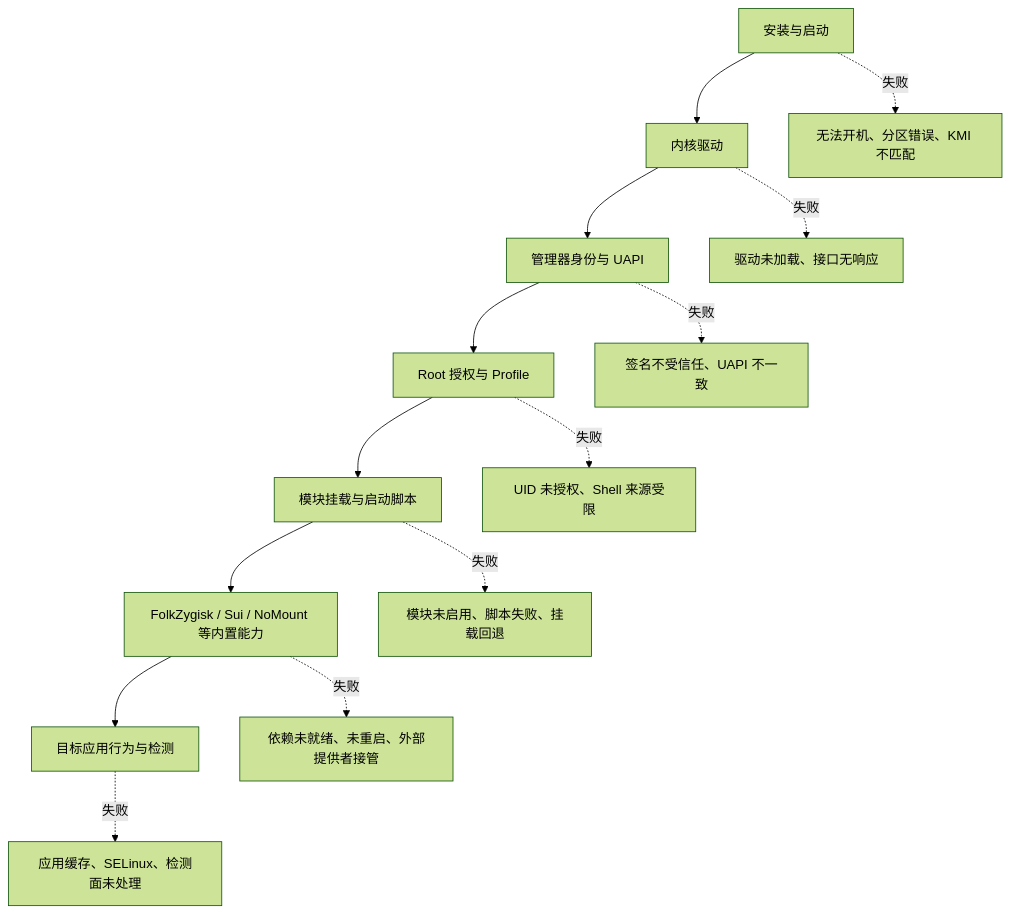
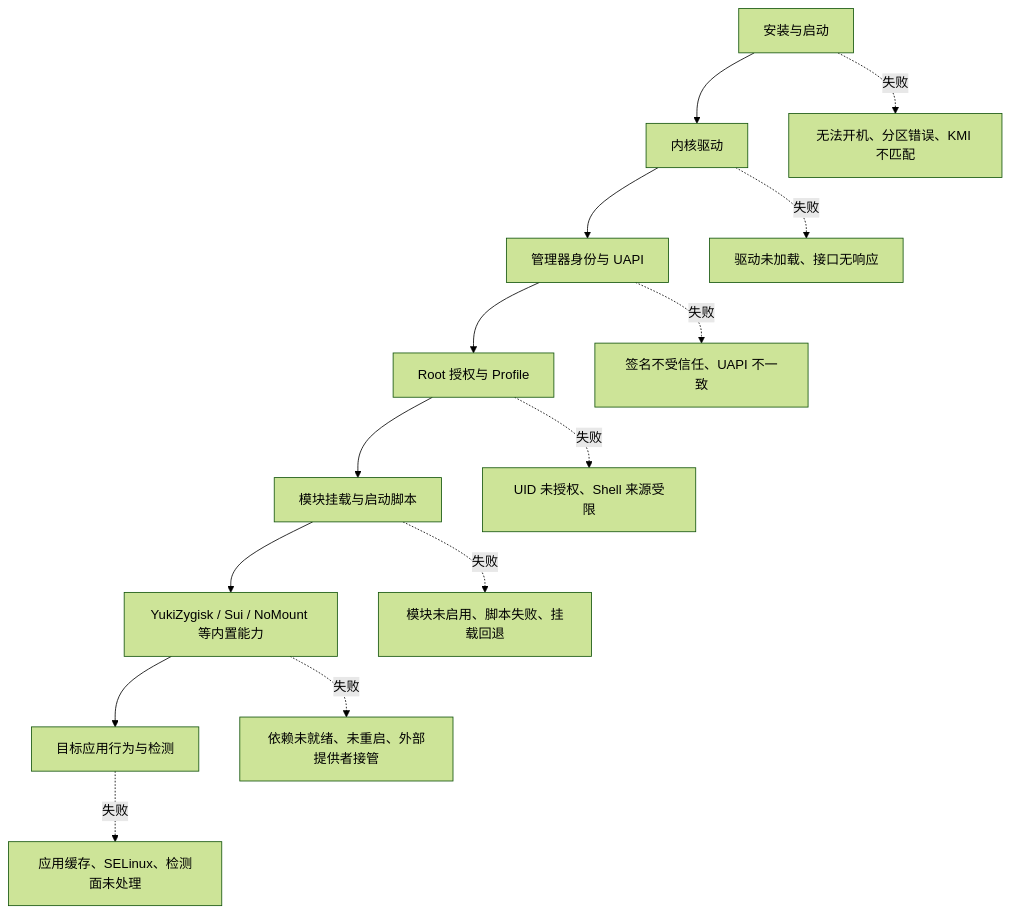
Before and after one commit to LxyaoX/FinaSU: the first of 2 diagrams in website/docs/troubleshoot/README.md, drawn with Mermaid (forest theme). The commit also changed other lines of this file and 135 other files, not shown here.

````diff
--- a/website/docs/troubleshoot/README.md
+++ b/website/docs/troubleshoot/README.md
@@ -27,17 +27,17 @@
 ```mermaid
 flowchart TD
     A["安装与启动"] --> B["内核驱动"]
     B --> C["管理器身份与 UAPI"]
     C --> D["Root 授权与 Profile"]
     D --> E["模块挂载与启动脚本"]
-    E --> F["FolkZygisk / Sui / NoMount 等内置能力"]
+    E --> F["YukiZygisk / Sui / NoMount 等内置能力"]
     F --> G["目标应用行为与检测"]
 
     A -.失败.-> A1["无法开机、分区错误、KMI 不匹配"]
     B -.失败.-> B1["驱动未加载、接口无响应"]
     C -.失败.-> C1["签名不受信任、UAPI 不一致"]
     D -.失败.-> D1["UID 未授权、Shell 来源受限"]
     E -.失败.-> E1["模块未启用、脚本失败、挂载回退"]
     F -.失败.-> F1["依赖未就绪、未重启、外部提供者接管"]
     G -.失败.-> G1["应用缓存、SELinux、检测面未处理"]
 ```
````
